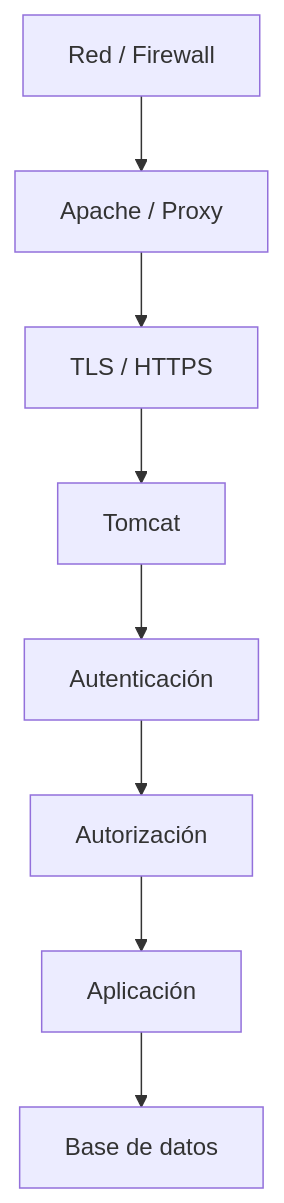
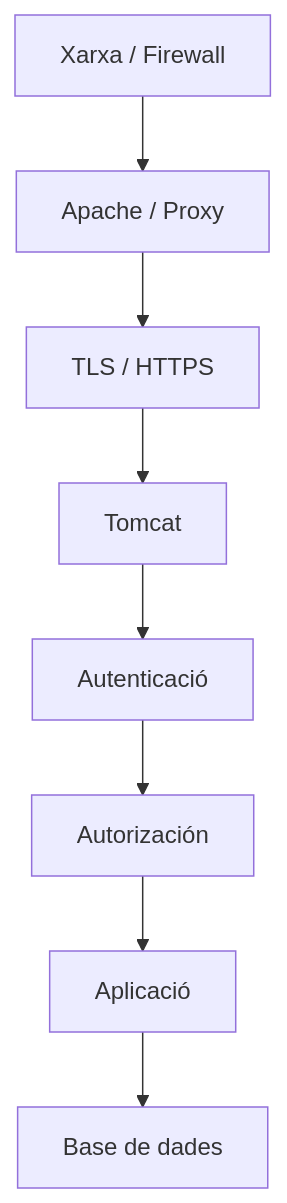
One commit to jordicido/jordicina changed the first of 6 diagrams in docs/daw-daw/up3/04-seguridad-servidor-aplicaciones.md. Above: the diagram before and after it, drawn with Mermaid. The commit also changed other lines of this file and 10 other files, not shown here.

````diff
--- a/docs/daw-daw/up3/04-seguridad-servidor-aplicaciones.md
+++ b/docs/daw-daw/up3/04-seguridad-servidor-aplicaciones.md
@@ -34,10 +34,10 @@
 ```mermaid
 flowchart TD
-    A["Red / Firewall"] --> B["Apache / Proxy"]
+    A["Xarxa / Firewall"] --> B["Apache / Proxy"]
     B --> C["TLS / HTTPS"]
     C --> D["Tomcat"]
-    D --> E["Autenticación"]
+    D --> E["Autenticació"]
     E --> F["Autorización"]
-    F --> G["Aplicación"]
-    G --> H["Base de datos"]
+    F --> G["Aplicació"]
+    G --> H["Base de dades"]
 ```
````
